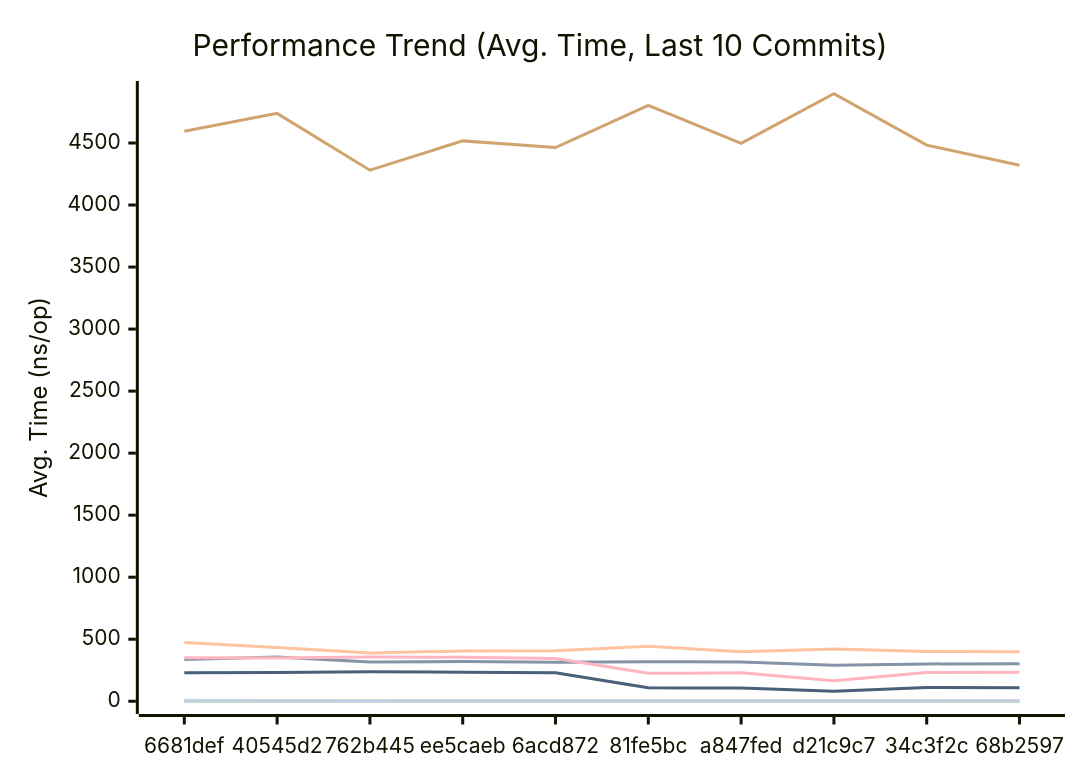
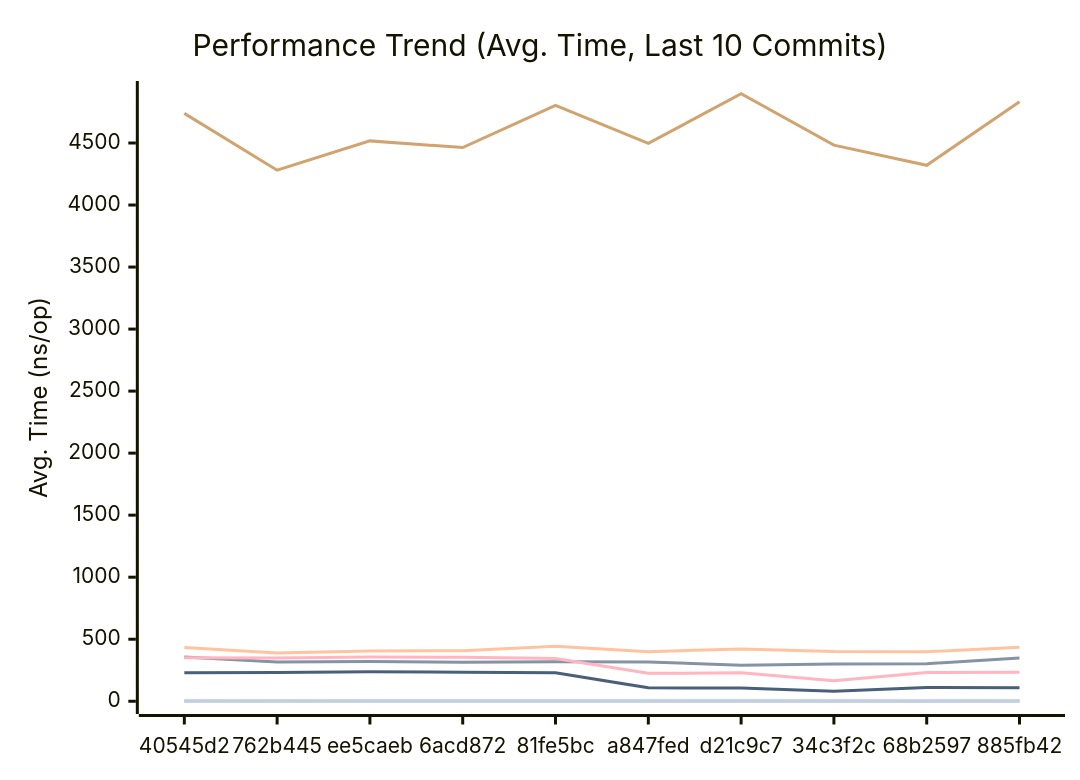
The first of 3 diagrams in docs/PERFORMANCE.md (alsotoes/momo), drawn with Mermaid before and after one commit. The commit also changed other lines of this file and 1 other file, not shown here.

````diff
--- a/docs/PERFORMANCE.md
+++ b/docs/PERFORMANCE.md
@@ -80,16 +80,16 @@
 ```mermaid
 xychart-beta
     title "Performance Trend (Avg. Time, Last 10 Commits)"
     x-axis "Commit"
     y-axis "Avg. Time (ns/op)"
-    x-axis [6681def,40545d2,762b445,ee5caeb,6acd872,81fe5bc,a847fed,d21c9c7,34c3f2c,68b2597]
-    line "CheckMetricsAndSwap" [10,9,7,8,8,9,8,9,9,8]
-    line "CrushOptimized" [337,356,316,320,315,318,317,290,301,303]
-    line "CrushOriginal" [474,434,388,406,408,443,400,422,402,399]
+    x-axis [40545d2,762b445,ee5caeb,6acd872,81fe5bc,a847fed,d21c9c7,34c3f2c,68b2597,885fb42]
+    line "CheckMetricsAndSwap" [9,7,8,8,9,8,9,9,8,9]
+    line "CrushOptimized" [356,316,320,315,318,317,290,301,303,349]
+    line "CrushOriginal" [434,388,406,408,443,400,422,402,399,436]
     line "IndexDirectTracking" [0,0,0,0,0,0,0,0,0,0]
-    line "IndexSearch" [2,2,2,2,2,2,2,2,2,1]
-    line "LoadGlobalConfig" [4595,4739,4281,4517,4463,4804,4497,4897,4483,4320]
+    line "IndexSearch" [2,2,2,2,2,2,2,2,1,2]
+    line "LoadGlobalConfig" [4739,4281,4517,4463,4804,4497,4897,4483,4320,4833]
     line "PadString" [2,2,2,2,2,2,2,2,2,2]
     line "ParseReplicationOrder_NoPrealloc" [350,349,357,354,345,225,229,165,232,234]
     line "ParseReplicationOrder_Prealloc" [229,231,237,234,229,108,107,80,110,109]
 ```
````
